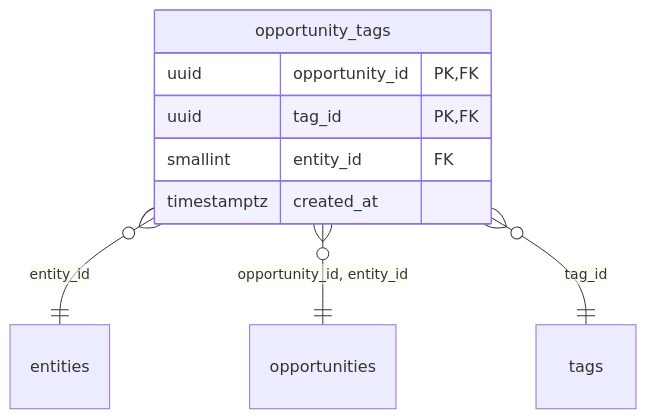
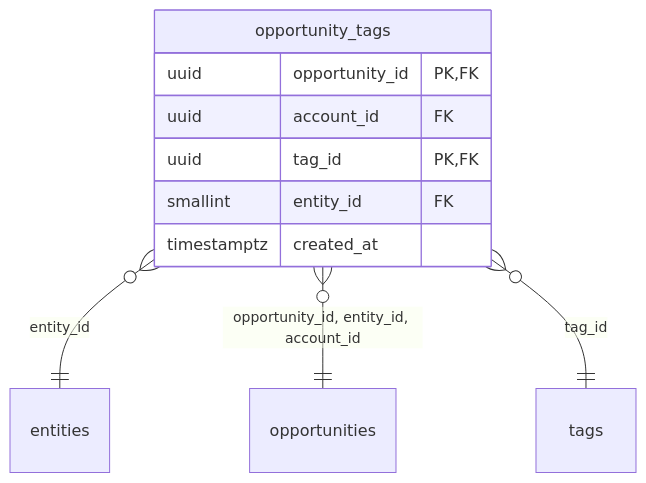
Before and after one commit to techaust/shakti_prime: the sixth of 15 diagrams in docs/data/ERD.md, drawn with Mermaid. The commit also changed other lines of this file and 8 other files, not shown here.

First line of the commit message:
fix(crm): review of the customer timeline slice

````diff
--- a/docs/data/ERD.md
+++ b/docs/data/ERD.md
@@ -646,12 +646,13 @@
 ```mermaid
 erDiagram
   opportunity_tags {
     uuid opportunity_id PK, FK
+    uuid account_id FK
     uuid tag_id PK, FK
     smallint entity_id FK
     timestamptz created_at
   }
   opportunity_tags }o--|| entities : "entity_id"
-  opportunity_tags }o--|| opportunities : "opportunity_id, entity_id"
+  opportunity_tags }o--|| opportunities : "opportunity_id, entity_id, account_id"
   opportunity_tags }o--|| tags : "tag_id"
 ```
````
